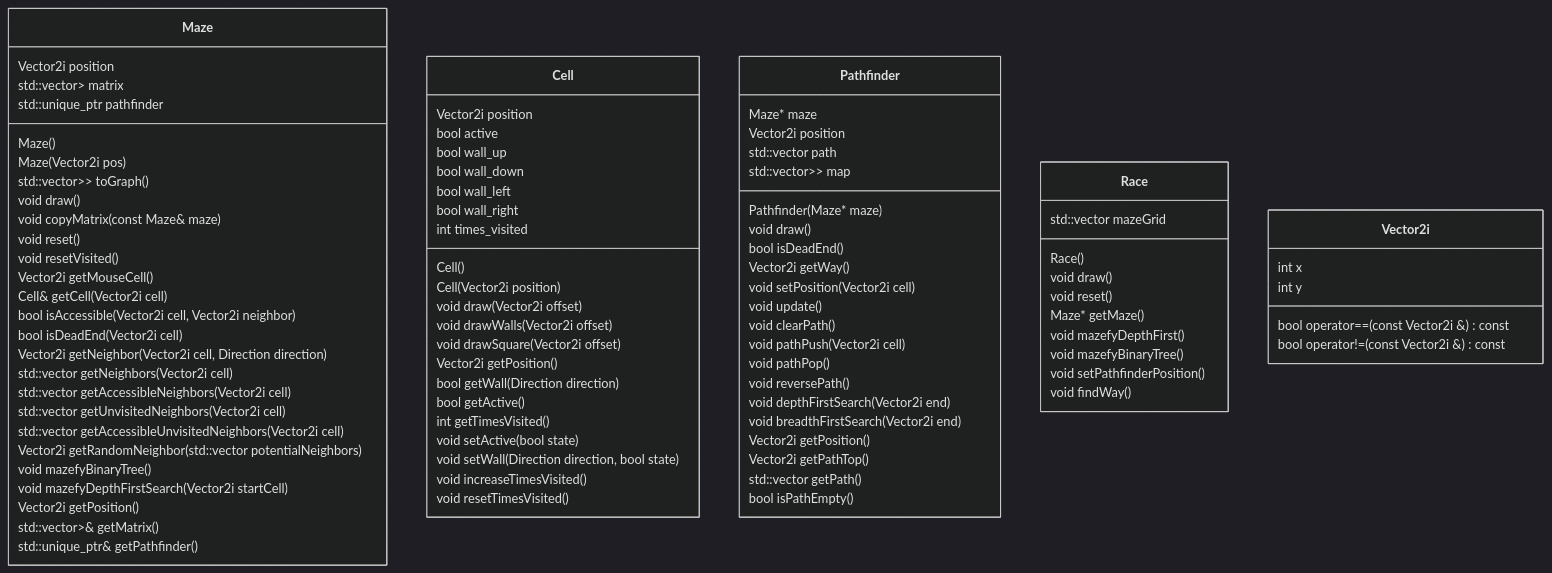
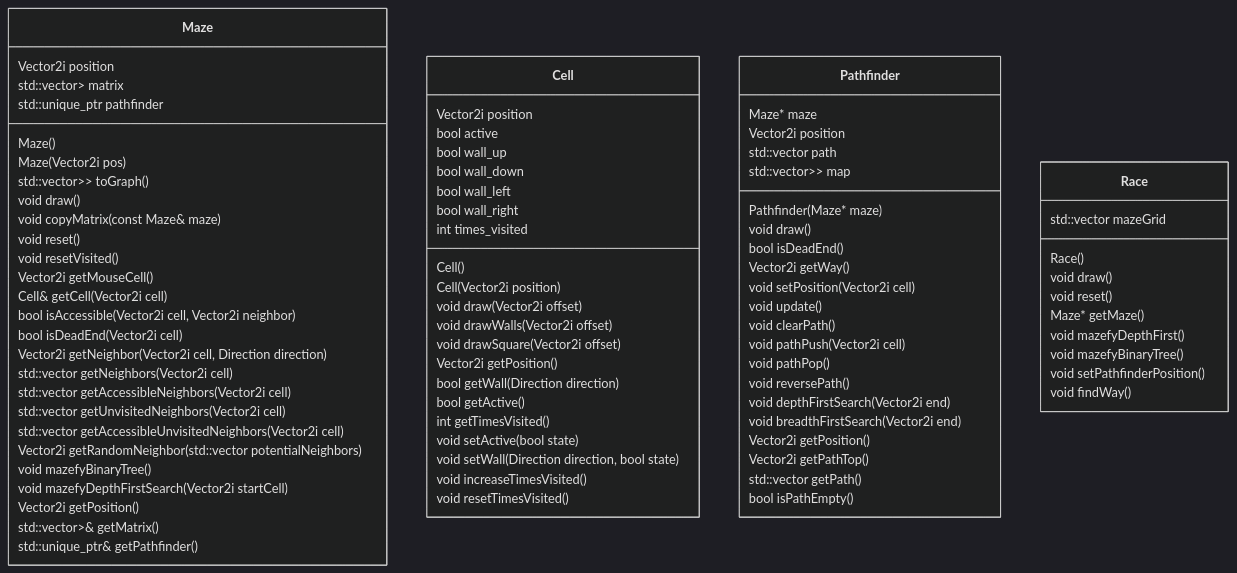
The diagram in README.md (goerll/MazeTrix), drawn with Mermaid before and after one commit. The commit also changed other lines of this file, not shown here.

````diff
--- a/README.md
+++ b/README.md
@@ -139,12 +142,4 @@
         void setPathfinderPosition()
         void findWay()
     }
-
-    class Vector2i {
-        int x
-        int y
-
-        bool operator==(const Vector2i &) const
-        bool operator!=(const Vector2i &) const
-    }
 ```
````
